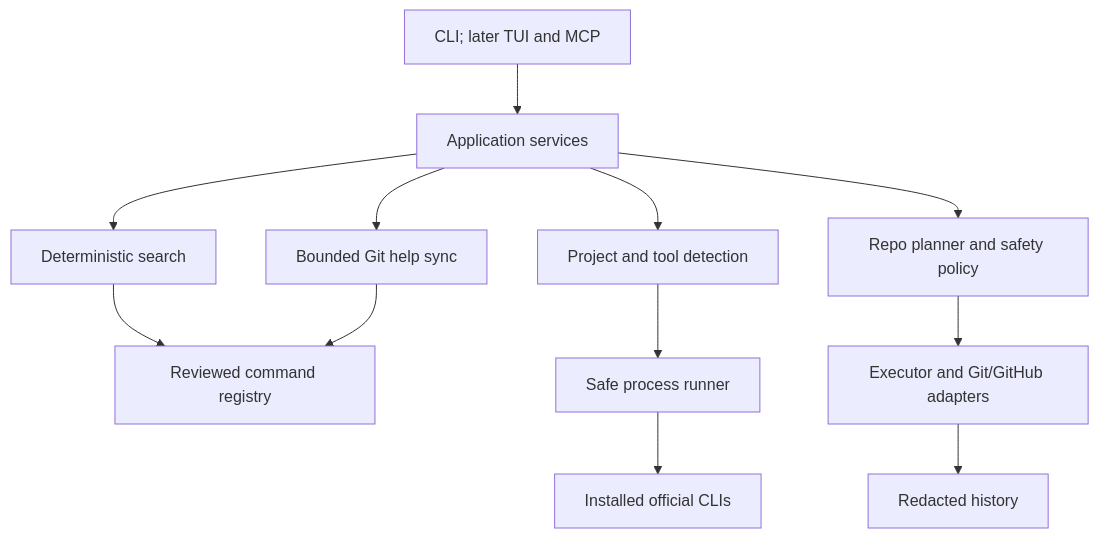
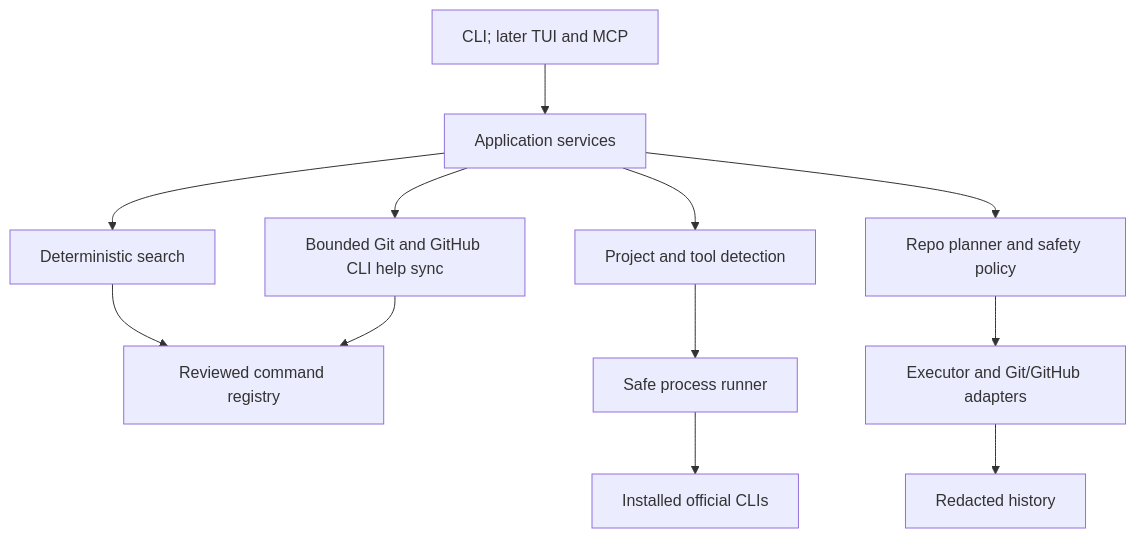
One commit to FornaxChemica/Devtize changed the diagram in README.md. Above: the diagram before and after it, drawn with Mermaid. The commit also changed other lines of this file and 30 other files, not shown here.

Commit message:
feat(sync): add version-aware GitHub CLI knowledge

````diff
--- a/README.md
+++ b/README.md
@@ -66,14 +68,14 @@
 ```mermaid
 flowchart TD
     UI[CLI; later TUI and MCP] --> APP[Application services]
     APP --> DETECT[Project and tool detection]
     APP --> SEARCH[Deterministic search]
     SEARCH --> REG[Reviewed command registry]
-    APP --> SYNC[Bounded Git help sync]
+    APP --> SYNC[Bounded Git and GitHub CLI help sync]
     SYNC --> REG
     DETECT --> PROC[Safe process runner]
     PROC --> CLIS[Installed official CLIs]
     APP --> PLAN[Repo planner and safety policy]
     PLAN --> EXEC[Executor and Git/GitHub adapters]
     EXEC --> HIST[Redacted history]
 ```
````
